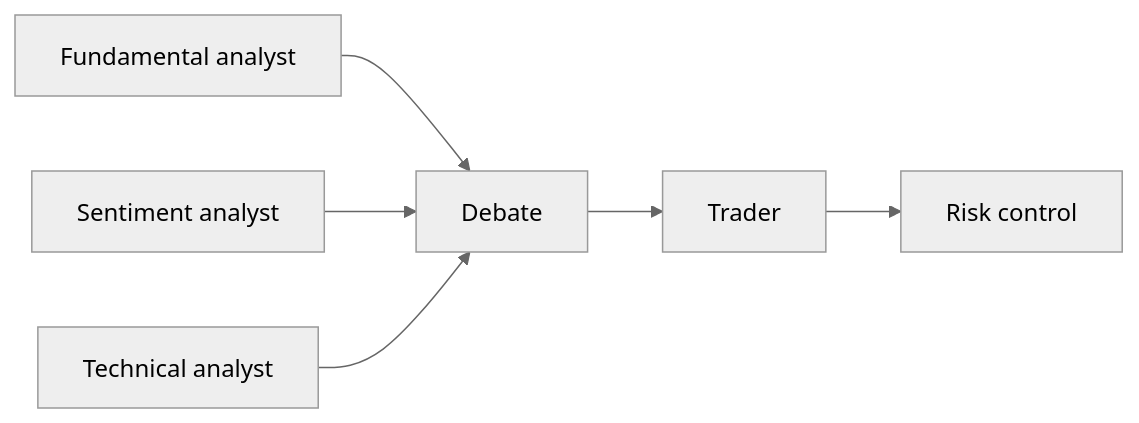
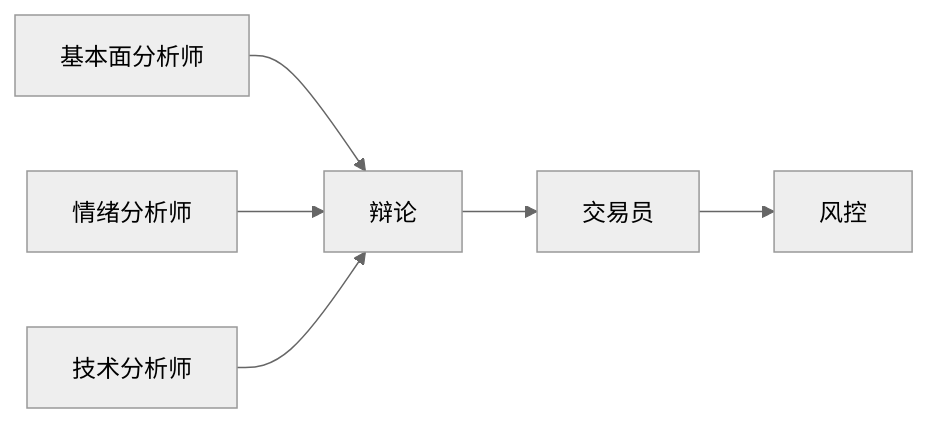
One commit to ophis/PUBLIC_DOCS changed the first of 2 diagrams in Research/TASK-12-ai-agents-personal-investing.md. Above: the diagram before and after it, drawn with Mermaid (neutral theme). The commit also changed other lines of this file, not shown here.

````diff
--- a/Research/TASK-12-ai-agents-personal-investing.md
+++ b/Research/TASK-12-ai-agents-personal-investing.md
@@ -324,7 +390,7 @@
 ```mermaid
 flowchart LR
-  A[Fundamental analyst] --> D[Debate]
-  B[Sentiment analyst] --> D
-  C[Technical analyst] --> D
-  D --> T[Trader] --> R[Risk control]
+  A[基本面分析师] --> D[辩论]
+  B[情绪分析师] --> D
+  C[技术分析师] --> D
+  D --> T[交易员] --> R[风控]
 ```
````
